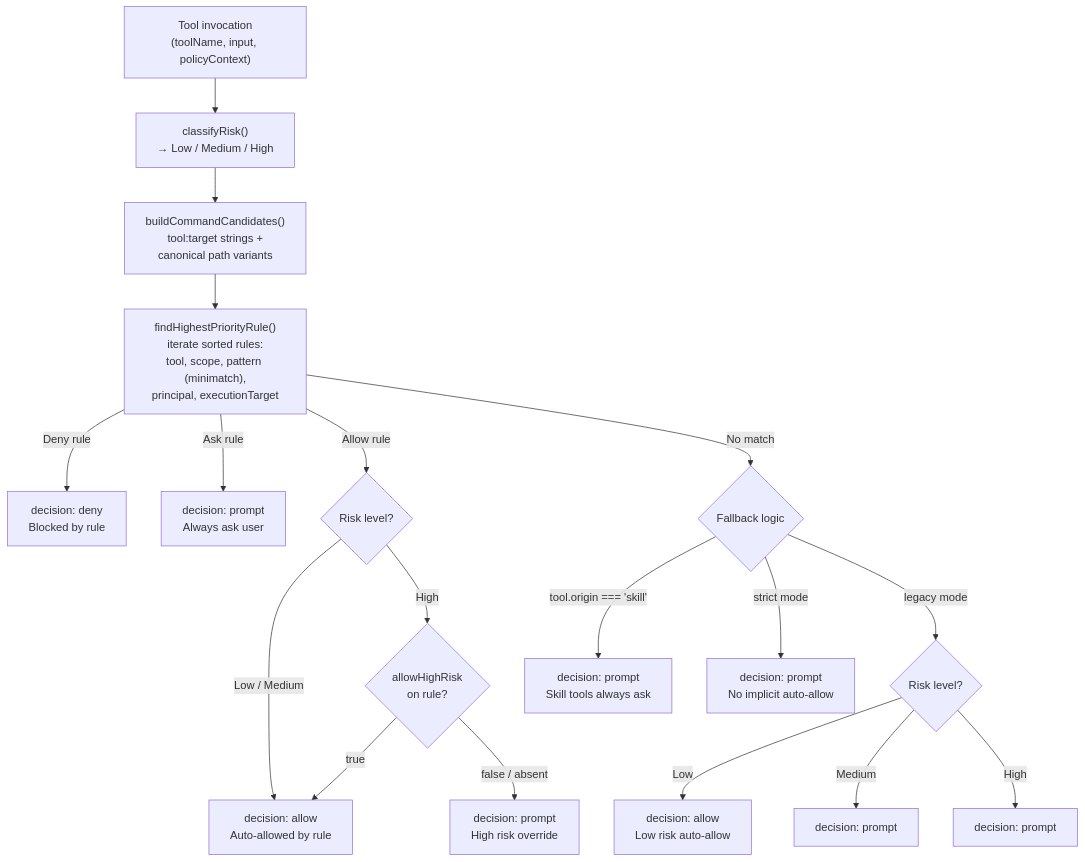
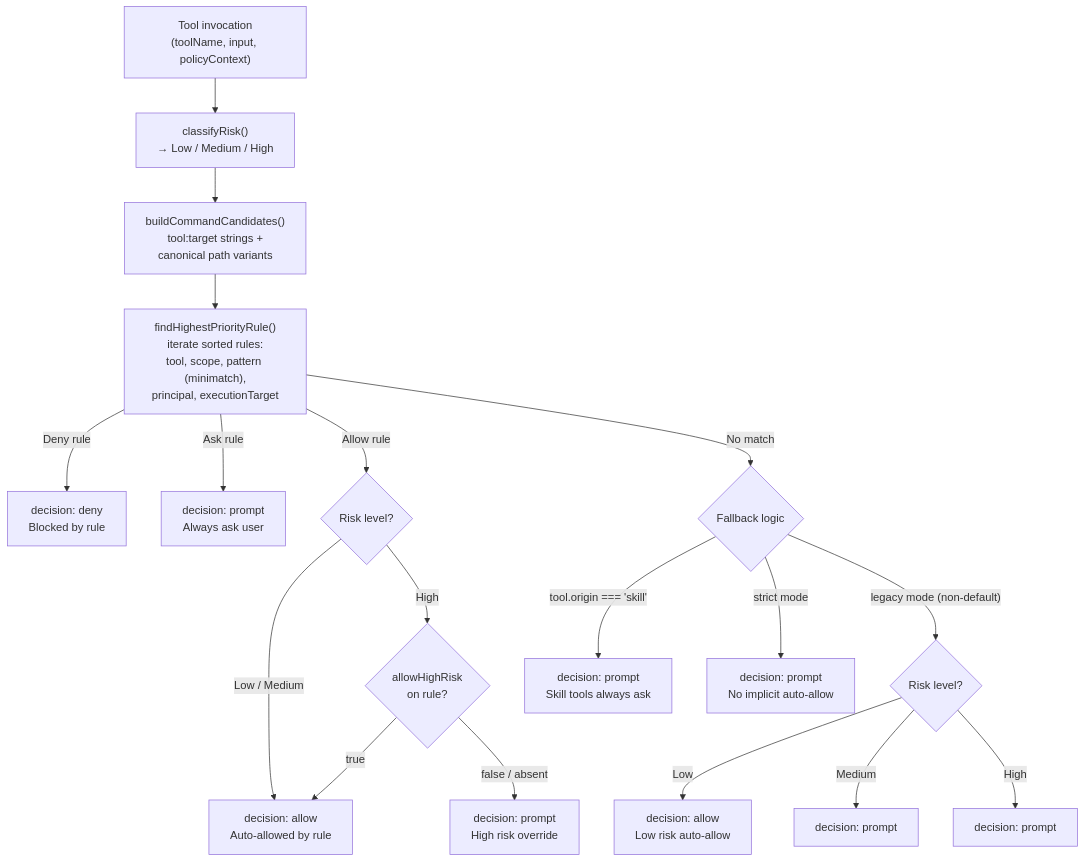
One commit to vellum-ai/vellum-assistant changed diagram 20 of 30 in ARCHITECTURE.md. Above: the diagram before and after it, drawn with Mermaid. The commit also changed other lines of this file and 1 other file, not shown here.

Commit message:
docs: fix default permissions mode references to match strict default
README.md and ARCHITECTURE.md still described the default as legacy
after PR #3618 flipped it to strict.

````diff
--- a/ARCHITECTURE.md
+++ b/ARCHITECTURE.md
@@ -1518,23 +1518,23 @@
 ```mermaid
 graph TB
     TOOL_CALL["Tool invocation<br/>(toolName, input, policyContext)"] --> CLASSIFY["classifyRisk()<br/>→ Low / Medium / High"]
     CLASSIFY --> CANDIDATES["buildCommandCandidates()<br/>tool:target strings +<br/>canonical path variants"]
     CANDIDATES --> FIND_RULE["findHighestPriorityRule()<br/>iterate sorted rules:<br/>tool, scope, pattern (minimatch),<br/>principal, executionTarget"]
 
     FIND_RULE -->|"Deny rule"| DENY["decision: deny<br/>Blocked by rule"]
     FIND_RULE -->|"Ask rule"| PROMPT_ASK["decision: prompt<br/>Always ask user"]
     FIND_RULE -->|"Allow rule"| RISK_CHECK{"Risk level?"}
     FIND_RULE -->|"No match"| NO_MATCH{"Fallback logic"}
 
     RISK_CHECK -->|"Low / Medium"| AUTO_ALLOW["decision: allow<br/>Auto-allowed by rule"]
     RISK_CHECK -->|"High"| HIGH_CHECK{"allowHighRisk<br/>on rule?"}
     HIGH_CHECK -->|"true"| AUTO_ALLOW
     HIGH_CHECK -->|"false / absent"| PROMPT_HIGH["decision: prompt<br/>High risk override"]
 
     NO_MATCH -->|"tool.origin === 'skill'"| PROMPT_SKILL["decision: prompt<br/>Skill tools always ask"]
     NO_MATCH -->|"strict mode"| PROMPT_STRICT["decision: prompt<br/>No implicit auto-allow"]
-    NO_MATCH -->|"legacy mode"| RISK_FALLBACK{"Risk level?"}
+    NO_MATCH -->|"legacy mode (non-default)"| RISK_FALLBACK{"Risk level?"}
     RISK_FALLBACK -->|"Low"| AUTO_LOW["decision: allow<br/>Low risk auto-allow"]
     RISK_FALLBACK -->|"Medium"| PROMPT_MED["decision: prompt"]
     RISK_FALLBACK -->|"High"| PROMPT_HIGH2["decision: prompt"]
 ```
````
